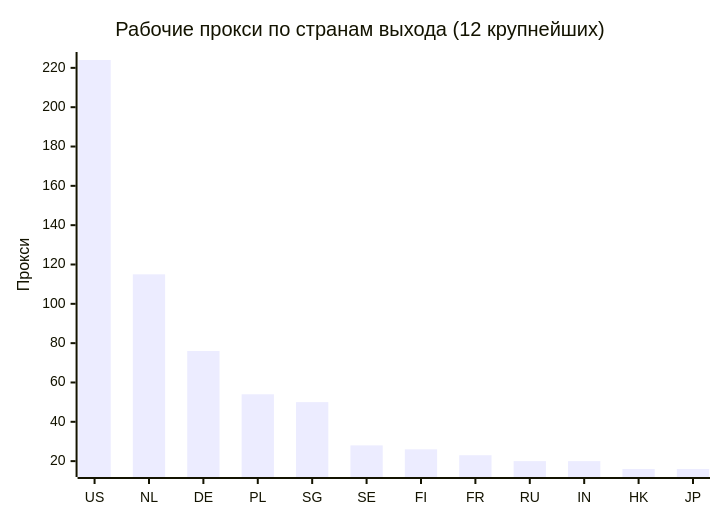
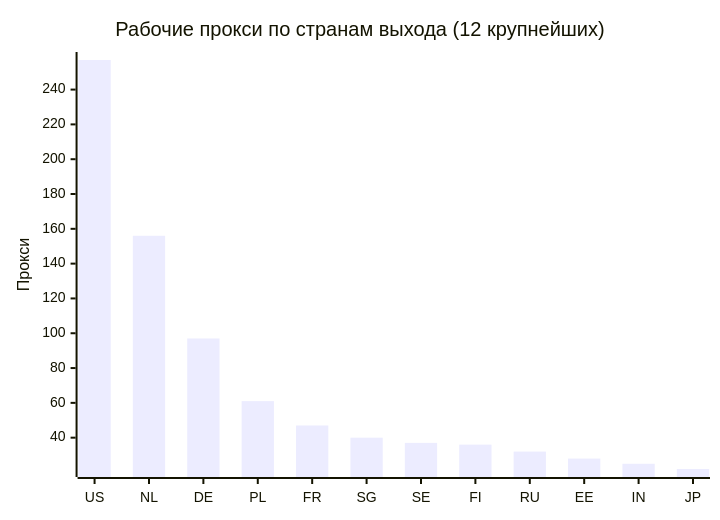
The second of 4 diagrams in README.md (rvvg/proxy-subs), drawn with Mermaid before and after one commit. The commit also changed other lines of this file and 54 other files, not shown here.

````diff
--- a/README.md
+++ b/README.md
@@ -130,7 +132,7 @@
 ```mermaid
 xychart-beta
     title "Рабочие прокси по странам выхода (12 крупнейших)"
-    x-axis ["US", "NL", "DE", "PL", "SG", "SE", "FI", "FR", "RU", "IN", "HK", "JP"]
+    x-axis ["US", "NL", "DE", "PL", "FR", "SG", "SE", "FI", "RU", "EE", "IN", "JP"]
     y-axis "Прокси"
-    bar [224, 115, 76, 54, 50, 28, 26, 23, 20, 20, 16, 16]
+    bar [257, 156, 97, 61, 47, 40, 37, 36, 32, 28, 25, 22]
 ```
````
